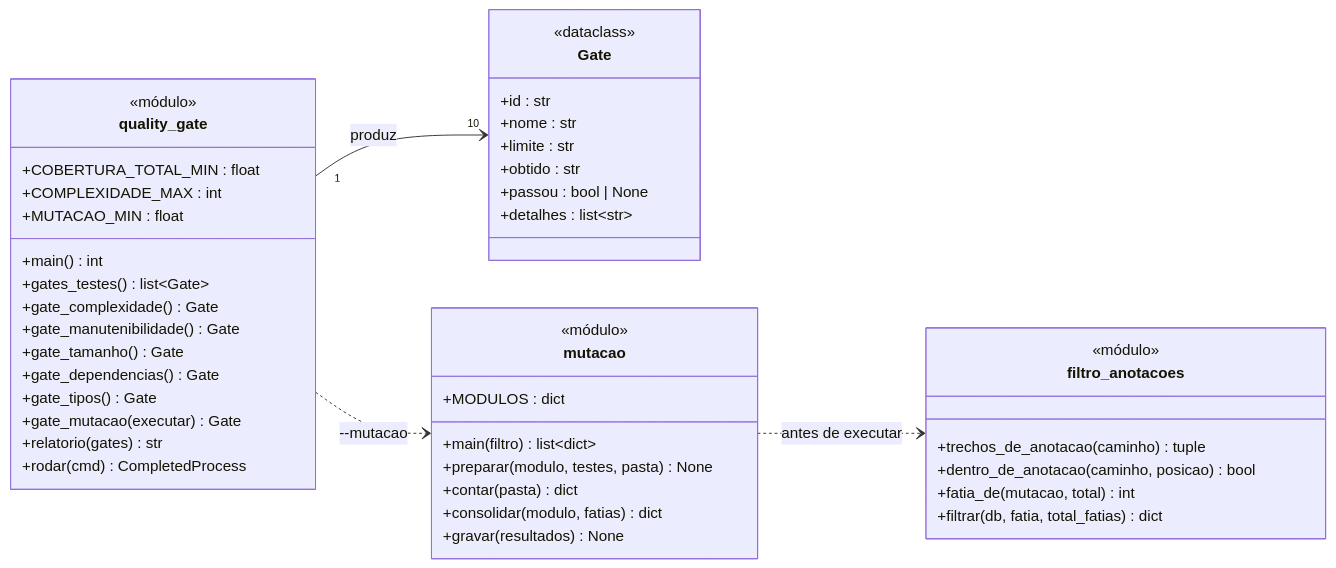
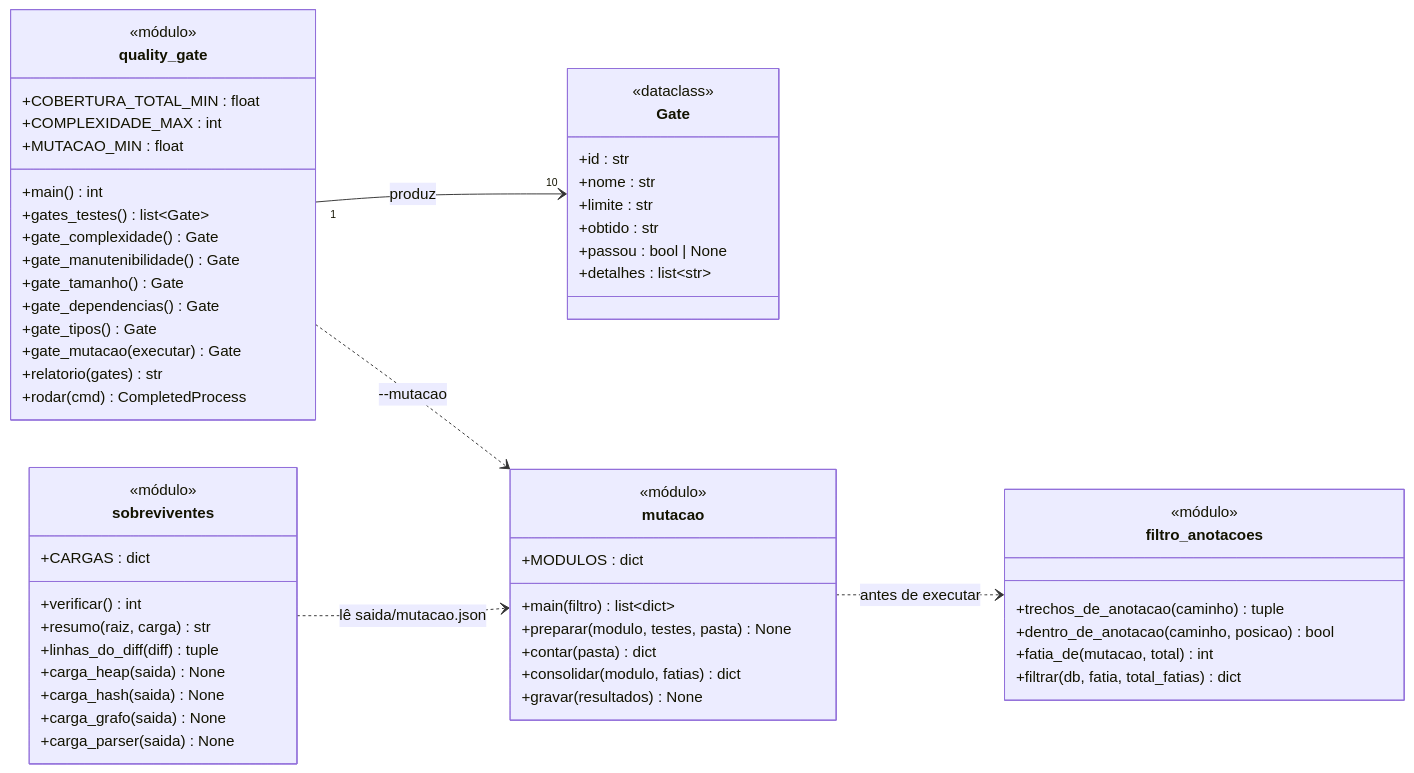
Before and after one commit to guilhermercmoraes-tech/PI2_Sprint2-Grupo-1-UFT: the third of 3 diagrams in docs/parte2/5_manutencao_e_qualidade.md, drawn with Mermaid. The commit also changed other lines of this file and 23 other files, not shown here.

````diff
--- a/docs/parte2/5_manutencao_e_qualidade.md
+++ b/docs/parte2/5_manutencao_e_qualidade.md
@@ -95,48 +115,60 @@
 ```mermaid
 classDiagram
     direction LR
     class quality_gate {
         <<módulo>>
         +COBERTURA_TOTAL_MIN : float
         +COMPLEXIDADE_MAX : int
         +MUTACAO_MIN : float
         +main() int
         +gates_testes() list~Gate~
         +gate_complexidade() Gate
         +gate_manutenibilidade() Gate
         +gate_tamanho() Gate
         +gate_dependencias() Gate
         +gate_tipos() Gate
         +gate_mutacao(executar) Gate
         +relatorio(gates) str
         +rodar(cmd) CompletedProcess
     }
     class Gate {
         <<dataclass>>
         +id : str
         +nome : str
         +limite : str
         +obtido : str
         +passou : bool | None
         +detalhes : list~str~
     }
     class mutacao {
         <<módulo>>
         +MODULOS : dict
         +main(filtro) list~dict~
         +preparar(modulo, testes, pasta) None
         +contar(pasta) dict
         +consolidar(modulo, fatias) dict
         +gravar(resultados) None
     }
     class filtro_anotacoes {
         <<módulo>>
         +trechos_de_anotacao(caminho) tuple
         +dentro_de_anotacao(caminho, posicao) bool
         +fatia_de(mutacao, total) int
         +filtrar(db, fatia, total_fatias) dict
     }
+    class sobreviventes {
+        <<módulo>>
+        +CARGAS : dict
+        +verificar() int
+        +resumo(raiz, carga) str
+        +linhas_do_diff(diff) tuple
+        +carga_heap(saida) None
+        +carga_hash(saida) None
+        +carga_grafo(saida) None
+        +carga_parser(saida) None
+    }
     quality_gate "1" --> "10" Gate : produz
     quality_gate ..> mutacao : --mutacao
     mutacao ..> filtro_anotacoes : antes de executar
+    sobreviventes ..> mutacao : lê saida/mutacao.json
 ```
````
